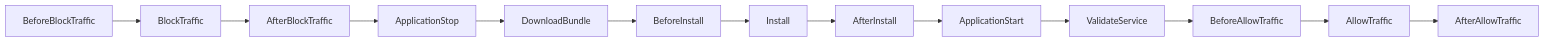
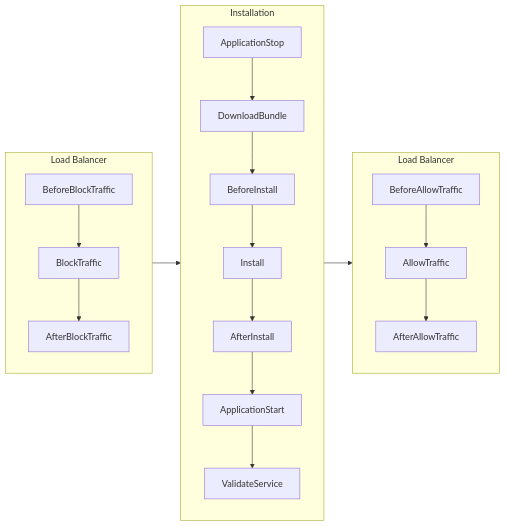
Before and after one commit to adamfitzpatrick/aws-devops-pro: the diagram in domains/one/docs/code-deploy.md, drawn with Mermaid.

Commit message:
Add full install process diagram for EC2 instances

````diff
--- a/domains/one/docs/code-deploy.md
+++ b/domains/one/docs/code-deploy.md
@@ -56,15 +56,16 @@
         ```mermaid
-        flowchart LR;
-        BeforeBlockTraffic-->BlockTraffic;
-        BlockTraffic-->AfterBlockTraffic;
-        AfterBlockTraffic-->ApplicationStop;
-        ApplicationStop-->DownloadBundle;
-        DownloadBundle-->BeforeInstall;
-        BeforeInstall-->Install;
-        Install-->AfterInstall;
-        AfterInstall-->ApplicationStart;
-        ApplicationStart-->ValidateService;
-        ValidateService-->BeforeAllowTraffic;
-        BeforeAllowTraffic-->AllowTraffic;
-        AllowTraffic-->AfterAllowTraffic;
+        flowchart LR
+            subgraph one[Load Balancer]
+                direction TB
+                BeforeBlockTraffic-->BlockTraffic-->AfterBlockTraffic
+            end
+            subgraph two[Installation]
+                direction TB
+                ApplicationStop-->DownloadBundle-->BeforeInstall-->Install-->AfterInstall-->ApplicationStart-->ValidateService
+            end
+            subgraph three[Load Balancer]
+                direction TB
+                BeforeAllowTraffic-->AllowTraffic-->AfterAllowTraffic
+            end
+            one-->two-->three
         ```
````
